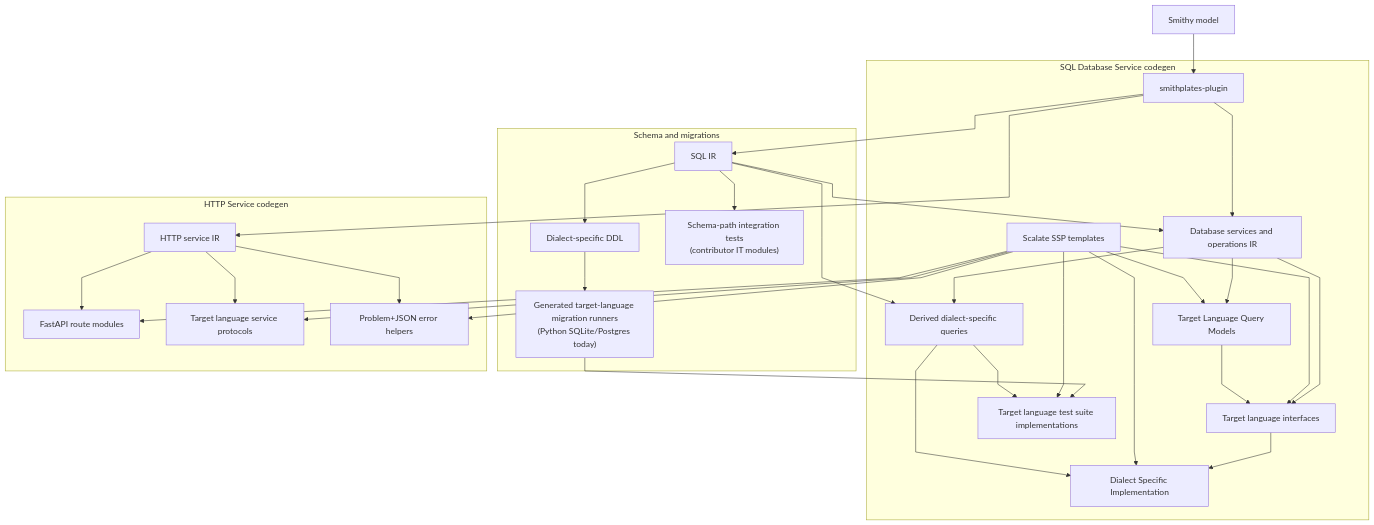
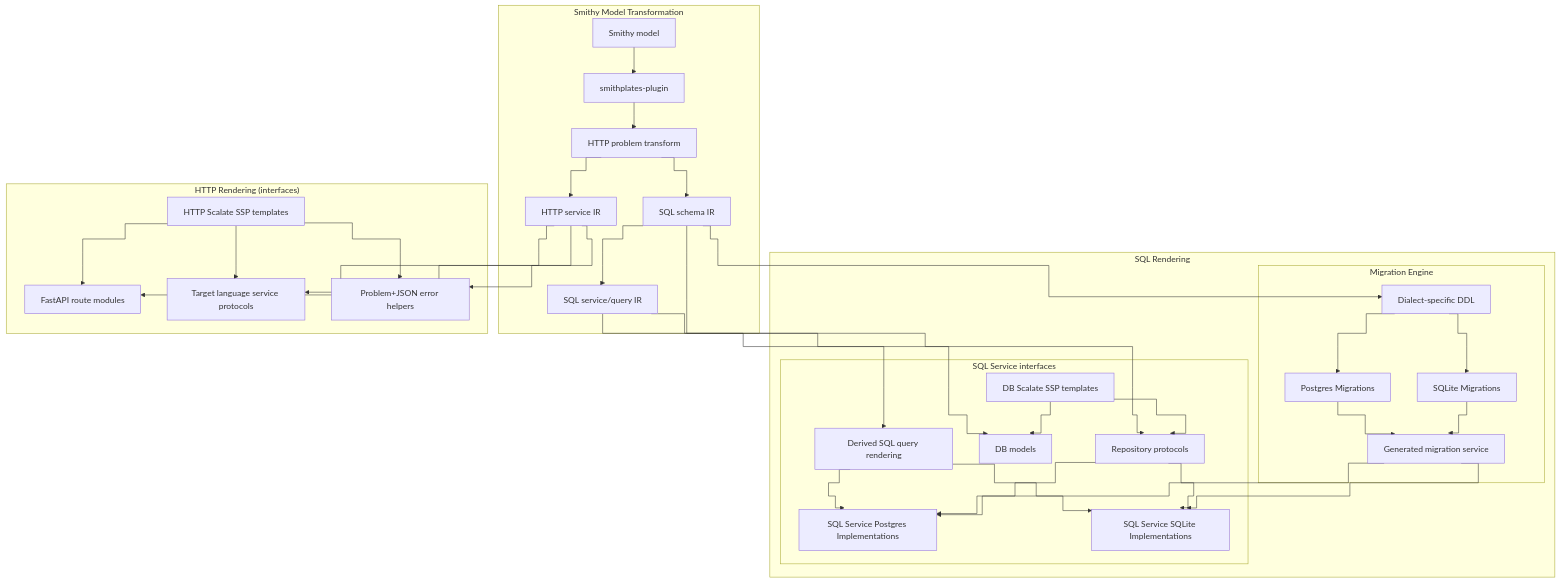
Before and after one commit to Jacoby6000/Smithplates: the diagram in docs/reusable-components/architecture-pipeline.mmd, drawn with Mermaid. The commit also changed 2 other files, not shown here.

Commit message:
Reorganize architecture diagram sections.

```diff
--- a/docs/reusable-components/architecture-pipeline.mmd
+++ b/docs/reusable-components/architecture-pipeline.mmd
@@ -1,52 +1,68 @@
-%%{init: {"flowchart": {"curve": "linear"}}}%%
+%%{init: {"flowchart": {"curve": "step"}}}%%
 flowchart TD
-    SM["Smithy model"]
-    SSP["smithplates-plugin"]
+    subgraph transform["Smithy Model Transformation"]
+        SM["Smithy model"]
+        SSP["smithplates-plugin"]
+        HTTPProblem["HTTP problem transform"]
+        SQLIR["SQL schema IR"]
+        SVCIR["SQL service/query IR"]
+        HTTPIR["HTTP service IR"]
 
-    SM --> SSP
-
-    SSP --> SQLIR["SQL IR"]
-    SSP --> HTTPIR["HTTP service IR"]
-
-
-    subgraph schema["Schema and migrations"]
-        SQLIR --> DDL["Dialect-specific DDL"]
-        SQLIR --> SchemaIT["Schema-path integration tests<br/>(contributor IT modules)"]
-        
-        Migration["Generated target-language migration runners<br/>(Python SQLite/Postgres today)"]
-        DDL   --> Migration
+        SM --> SSP
+        SSP --> HTTPProblem
+        HTTPProblem --> SQLIR
+        SQLIR --> SVCIR
+        HTTPProblem --> HTTPIR
     end
 
-    subgraph services["SQL Database Service codegen"]
-        SSP   --> SVCIR["Database services and operations IR"]
-        SQLIR --> SVCIR
-        
-        MT["Scalate SSP templates"]
-        SVCIR --> TLQM["Target Language Query Models"]
-        MT    --> TLQM
+    subgraph sql["SQL Rendering"]
+        DDL["Dialect-specific DDL"]
+        Queries["Derived SQL query rendering"]
+        Templates["DB Scalate SSP templates"]
 
-        SVCIR --> Interfaces["Target language interfaces"]
-        MT    --> Interfaces   
-        TLQM  --> Interfaces
+        SQLIR --> DDL
+        SVCIR --> Queries
 
-        SVCIR --> DerivedQueries["Derived dialect-specific queries"]
-        SQLIR --> DerivedQueries
+        subgraph migration["Migration Engine"]
+            MigrationSvc["Generated migration service"]
+            PostgresMigrations["Postgres Migrations"]
+            SqliteMigrations["SQLite Migrations"]
 
-        Interfaces     --> Impl["Dialect Specific Implementation"]
-        MT             --> Impl        
-        DerivedQueries --> Impl
+            DDL --> PostgresMigrations
+            DDL --> SqliteMigrations
+            PostgresMigrations --> MigrationSvc
+            SqliteMigrations --> MigrationSvc
+        end
 
-        Migration      --> TestImpl["Target language test suite implementations"]
-        MT             --> TestImpl
-        DerivedQueries --> TestImpl
+        subgraph interfaces["SQL Service interfaces"]
+            Models["DB models"]
+            Protocols["Repository protocols"]
+            PostgresImpl["SQL Service Postgres Implementations"]
+            SqliteImpl["SQL Service SQLite Implementations"]
 
+            SQLIR --> Models
+            SVCIR --> Protocols
+            Templates --> Models
+            Templates --> Protocols
+            Queries --> PostgresImpl
+            Queries --> SqliteImpl
+            Protocols --> PostgresImpl
+            Protocols --> SqliteImpl
+            MigrationSvc --> PostgresImpl
+            MigrationSvc --> SqliteImpl
+        end
     end
 
-    subgraph http["HTTP Service codegen"]
-        HTTPIR --> Routes["FastAPI route modules"]
-        HTTPIR --> Protocols["Target language service protocols"]
-        HTTPIR --> Problems["Problem+JSON error helpers"]
-        MT --> Routes
-        MT --> Protocols
-        MT --> Problems
+    subgraph http["HTTP Rendering (interfaces)"]
+        HttpTemplates["HTTP Scalate SSP templates"]
+        Routes["FastAPI route modules"]
+        HttpProtocols["Target language service protocols"]
+        Problems["Problem+JSON error helpers"]
+
+        HTTPIR --> Routes
+        HTTPIR --> HttpProtocols
+        HTTPIR --> Problems
+        HttpTemplates --> Routes
+        HttpTemplates --> HttpProtocols
+        HttpTemplates --> Problems
     end
```
